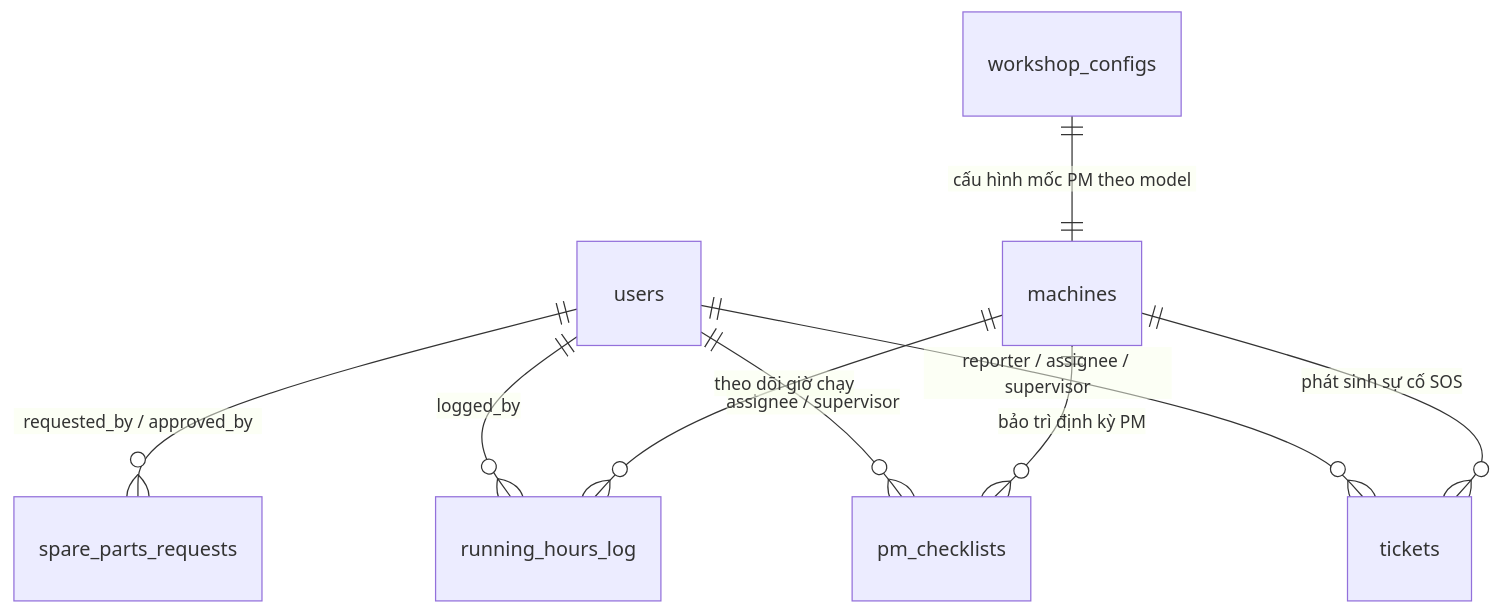
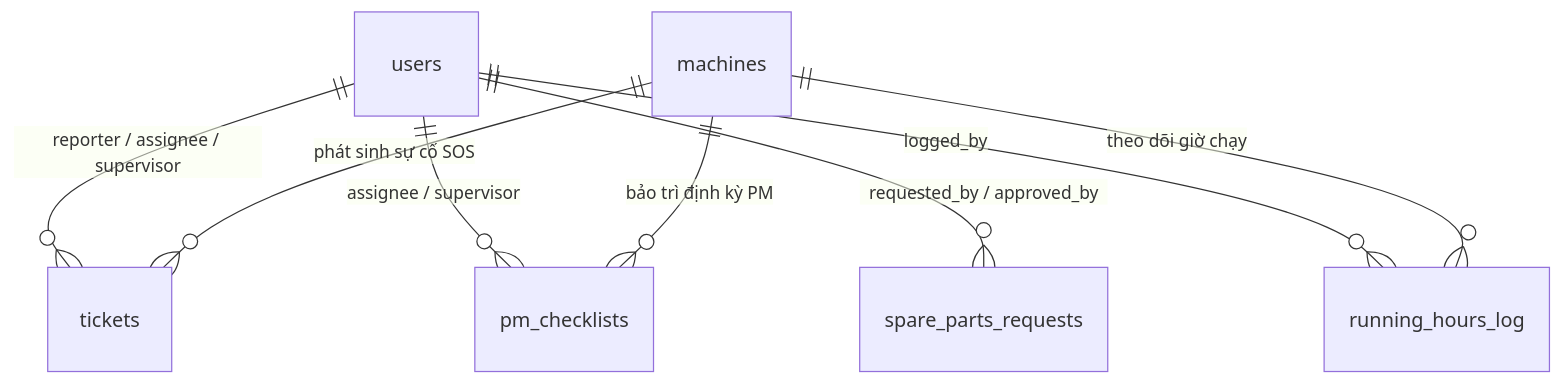
Diagram 12 of 12 in system_design.md (pvduy23052005/cse441-mobile-asset-track), drawn with Mermaid before and after one commit. The commit also changed other lines of this file and 1 other file, not shown here.

Commit message:
docs: update database schema and system design documentation

````diff
--- a/system_design.md
+++ b/system_design.md
@@ -501,11 +491,10 @@
 ```mermaid
 erDiagram
     users ||--o{ tickets : "reporter / assignee / supervisor"
     users ||--o{ pm_checklists : "assignee / supervisor"
     users ||--o{ spare_parts_requests : "requested_by / approved_by"
     users ||--o{ running_hours_log : "logged_by"
     machines ||--o{ tickets : "phát sinh sự cố SOS"
     machines ||--o{ pm_checklists : "bảo trì định kỳ PM"
     machines ||--o{ running_hours_log : "theo dõi giờ chạy"
-    workshop_configs ||--|| machines : "cấu hình mốc PM theo model"
 ```
````
